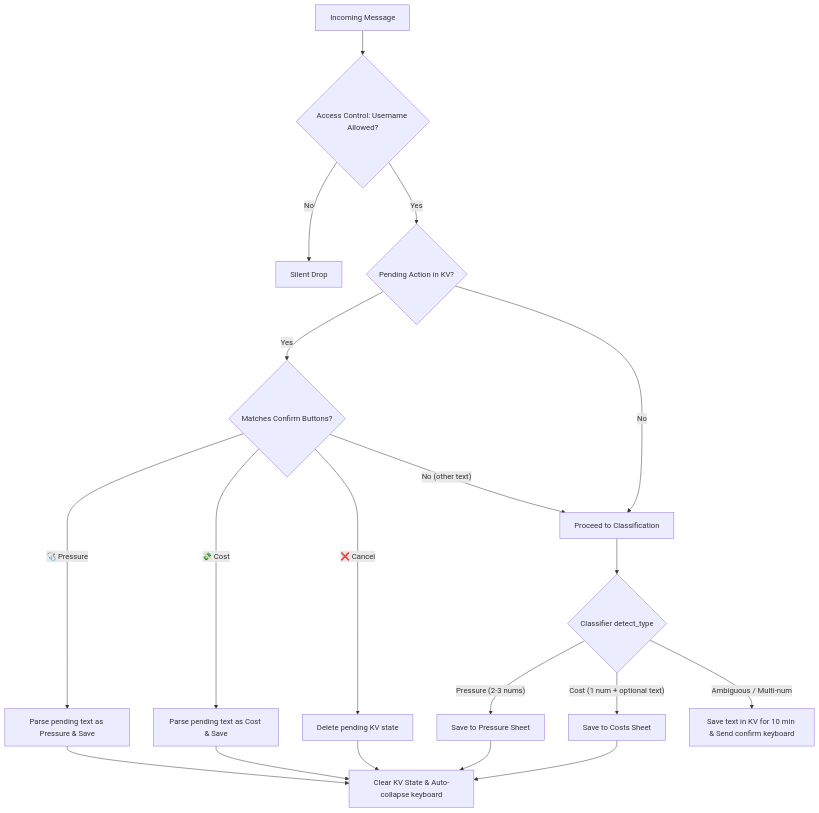
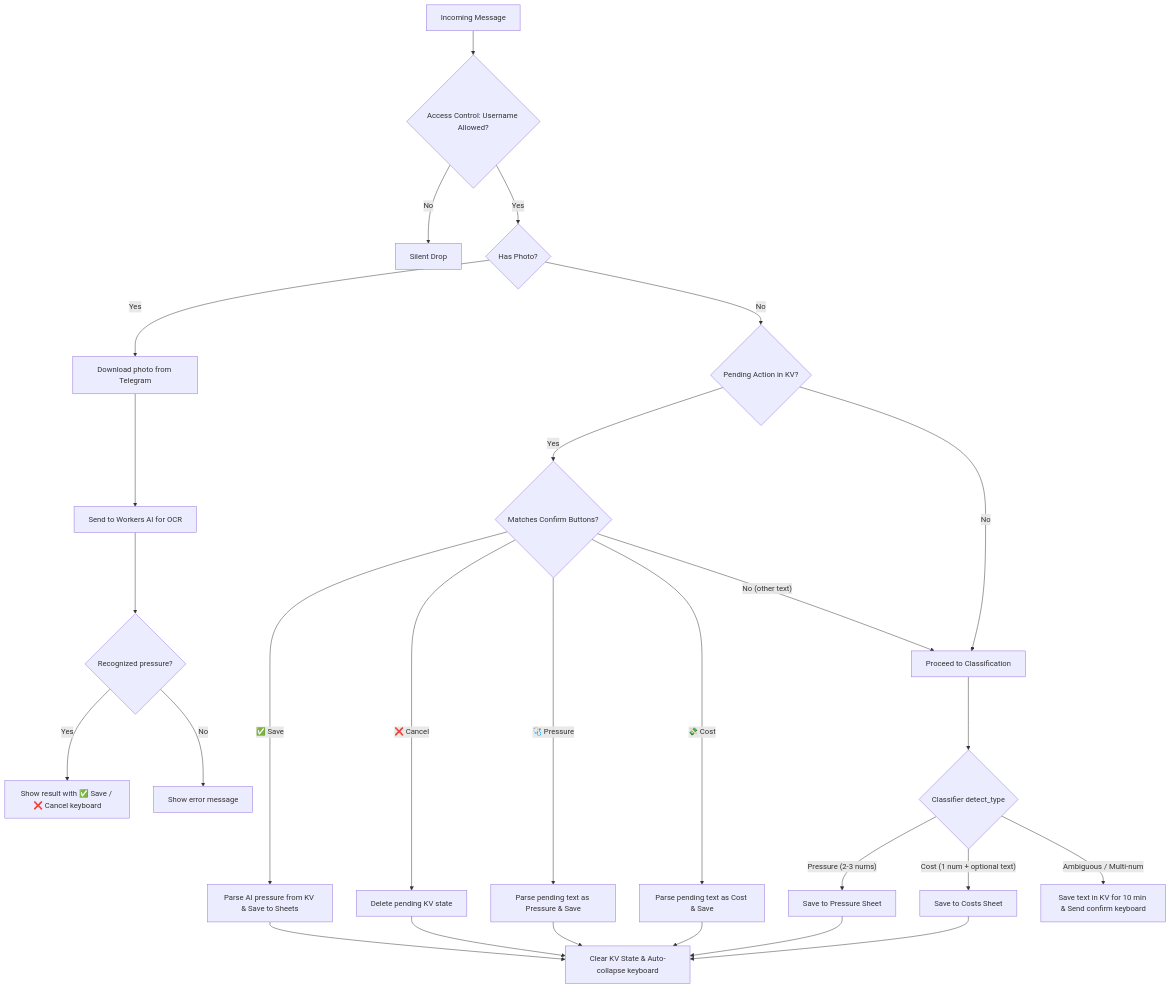
One commit to Sc0rri/pressure_bot_rust changed the diagram in README.md. Above: the diagram before and after it, drawn with Mermaid. The commit also changed other lines of this file and 6 other files, not shown here.

Commit message:
feat: add photo recognition for blood pressure using Cloudflare Workers AI

````diff
--- a/README.md
+++ b/README.md
@@ -25,25 +26,35 @@
 ```mermaid
 graph TD
     A[Incoming Message] --> B{Access Control: Username Allowed?}
     B -- No --> C[Silent Drop]
-    B -- Yes --> D{Pending Action in KV?}
+    B -- Yes --> D{Has Photo?}
     
-    D -- Yes --> E{Matches Confirm Buttons?}
-    E -- 🩺 Pressure --> F1[Parse pending text as Pressure & Save]
-    E -- 💸 Cost --> F2[Parse pending text as Cost & Save]
-    E -- ❌ Cancel --> F3[Delete pending KV state]
-    E -- No (other text) --> G[Proceed to Classification]
+    D -- Yes --> E1[Download photo from Telegram]
+    E1 --> E2[Send to Workers AI for OCR]
+    E2 --> E3{Recognized pressure?}
+    E3 -- Yes --> E4[Show result with ✅ Save / ❌ Cancel keyboard]
+    E3 -- No --> E5[Show error message]
     
-    D -- No --> G
+    D -- No --> F{Pending Action in KV?}
     
-    G --> H{Classifier detect_type}
-    H -- "Pressure (2-3 nums)" --> I[Save to Pressure Sheet]
-    H -- "Cost (1 num + optional text)" --> J[Save to Costs Sheet]
-    H -- "Ambiguous / Multi-num" --> K[Save text in KV for 10 min & Send confirm keyboard]
+    F -- Yes --> G{Matches Confirm Buttons?}
+    G -- ✅ Save --> G1[Parse AI pressure from KV & Save to Sheets]
+    G -- ❌ Cancel --> G2[Delete pending KV state]
+    G -- 🩺 Pressure --> H1[Parse pending text as Pressure & Save]
+    G -- 💸 Cost --> H2[Parse pending text as Cost & Save]
+    G -- No (other text) --> I[Proceed to Classification]
+    
+    F -- No --> I
+    
+    I --> J{Classifier detect_type}
+    J -- "Pressure (2-3 nums)" --> K[Save to Pressure Sheet]
+    J -- "Cost (1 num + optional text)" --> L[Save to Costs Sheet]
+    J -- "Ambiguous / Multi-num" --> M[Save text in KV for 10 min & Send confirm keyboard]
 
-    F1 --> L[Clear KV State & Auto-collapse keyboard]
-    F2 --> L
-    F3 --> L
-    I --> L
-    J --> L
+    G1 --> N[Clear KV State & Auto-collapse keyboard]
+    G2 --> N
+    H1 --> N
+    H2 --> N
+    K --> N
+    L --> N
 ```
````
